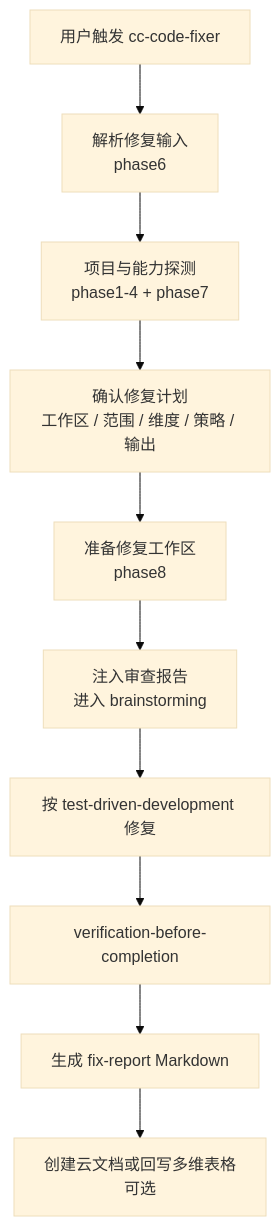
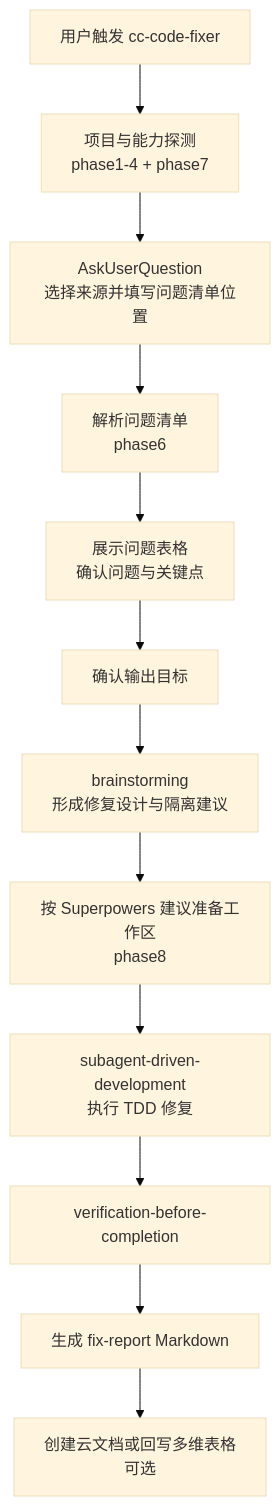
Before and after one commit to ataskite/cc-code-reviewer: the third of 3 diagrams in README.md, drawn with Mermaid (base theme). The commit also changed other lines of this file and 9 other files, not shown here.

````diff
--- a/README.md
+++ b/README.md
@@ -341,23 +341,27 @@
 ```mermaid
 flowchart TD
     Start["用户触发 cc-code-fixer"]
-    Input["解析修复输入<br/>phase6"]
     Project["项目与能力探测<br/>phase1-4 + phase7"]
-    Plan["确认修复计划<br/>工作区 / 范围 / 维度 / 策略 / 输出"]
-    Workspace["准备修复工作区<br/>phase8"]
-    Brainstorm["注入审查报告<br/>进入 brainstorming"]
-    TDD["按 test-driven-development 修复"]
+    InputAsk["AskUserQuestion<br/>选择来源并填写问题清单位置"]
+    Input["解析问题清单<br/>phase6"]
+    Confirm["展示问题表格<br/>确认问题与关键点"]
+    Output["确认输出目标"]
+    Brainstorm["brainstorming<br/>形成修复设计与隔离建议"]
+    Workspace["按 Superpowers 建议准备工作区<br/>phase8"]
+    SubAgentDriven["subagent-driven-development<br/>执行 TDD 修复"]
     Verify["verification-before-completion"]
     Report["生成 fix-report Markdown"]
     Lark["创建云文档或回写多维表格<br/>可选"]
 
-    Start --> Input
-    Input --> Project
-    Project --> Plan
-    Plan --> Workspace
-    Workspace --> Brainstorm
-    Brainstorm --> TDD
-    TDD --> Verify
+    Start --> Project
+    Project --> InputAsk
+    InputAsk --> Input
+    Input --> Confirm
+    Confirm --> Output
+    Output --> Brainstorm
+    Brainstorm --> Workspace
+    Workspace --> SubAgentDriven
+    SubAgentDriven --> Verify
     Verify --> Report
     Report --> Lark
 ```
````
